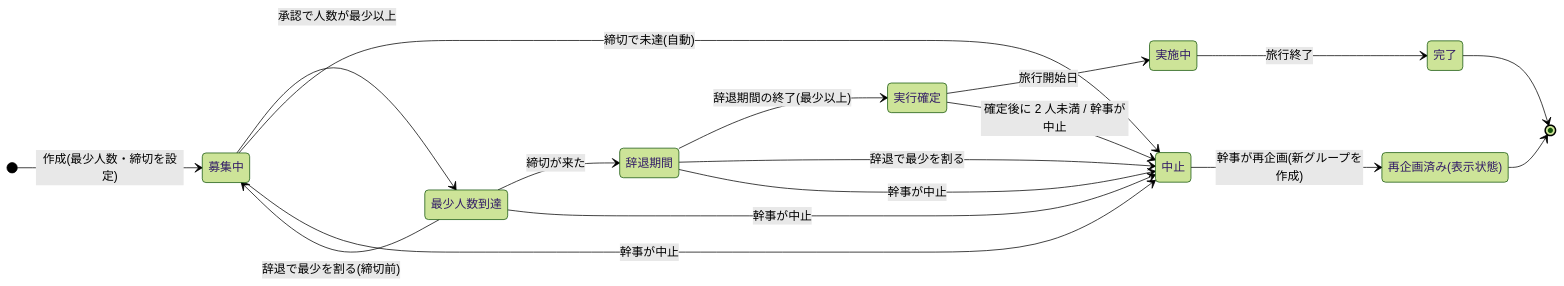
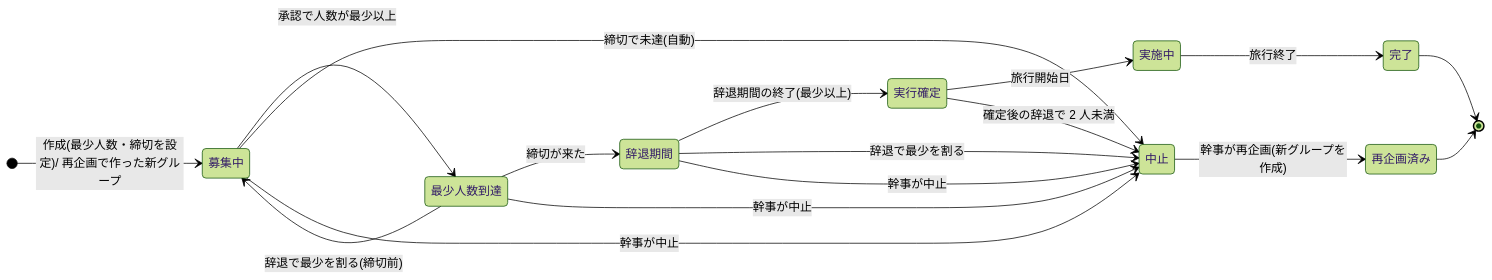
Before and after one commit to masahirosako1005/MC-006: the diagram in docs/feature/04-group-lifecycle.md, drawn with Mermaid (forest theme). The commit also changed other lines of this file and 34 other files, not shown here.

````diff
--- a/docs/feature/04-group-lifecycle.md
+++ b/docs/feature/04-group-lifecycle.md
@@ -375,29 +384,29 @@
 ```mermaid
 stateDiagram-v2
   direction LR
   state "募集中" as recruiting
-  state "最少人数到達" as reached
-  state "辞退期間" as withdrawal
+  state "最少人数到達" as min_reached
+  state "辞退期間" as withdrawal_period
   state "実行確定" as confirmed
   state "実施中" as in_progress
   state "完了" as completed
   state "中止" as cancelled
-  state "再企画済み(表示状態)" as replanned
+  state "再企画済み" as replanned
 
-  [*] --> recruiting: 作成(最少人数・締切を設定)
-  recruiting --> reached: 承認で人数が最少以上
-  reached --> recruiting: 辞退で最少を割る(締切前)
+  [*] --> recruiting: 作成(最少人数・締切を設定)/ 再企画で作った新グループ
+  recruiting --> min_reached: 承認で人数が最少以上
+  min_reached --> recruiting: 辞退で最少を割る(締切前)
   recruiting --> cancelled: 締切で未達(自動)
-  reached --> withdrawal: 締切が来た
-  withdrawal --> confirmed: 辞退期間の終了(最少以上)
-  withdrawal --> cancelled: 辞退で最少を割る
+  min_reached --> withdrawal_period: 締切が来た
+  withdrawal_period --> confirmed: 辞退期間の終了(最少以上)
+  withdrawal_period --> cancelled: 辞退で最少を割る
   confirmed --> in_progress: 旅行開始日
-  confirmed --> cancelled: 確定後に 2 人未満 / 幹事が中止
+  confirmed --> cancelled: 確定後の辞退で 2 人未満
   in_progress --> completed: 旅行終了
   recruiting --> cancelled: 幹事が中止
-  reached --> cancelled: 幹事が中止
-  withdrawal --> cancelled: 幹事が中止
+  min_reached --> cancelled: 幹事が中止
+  withdrawal_period --> cancelled: 幹事が中止
   cancelled --> replanned: 幹事が再企画(新グループを作成)
   completed --> [*]
   replanned --> [*]
 ```
````
